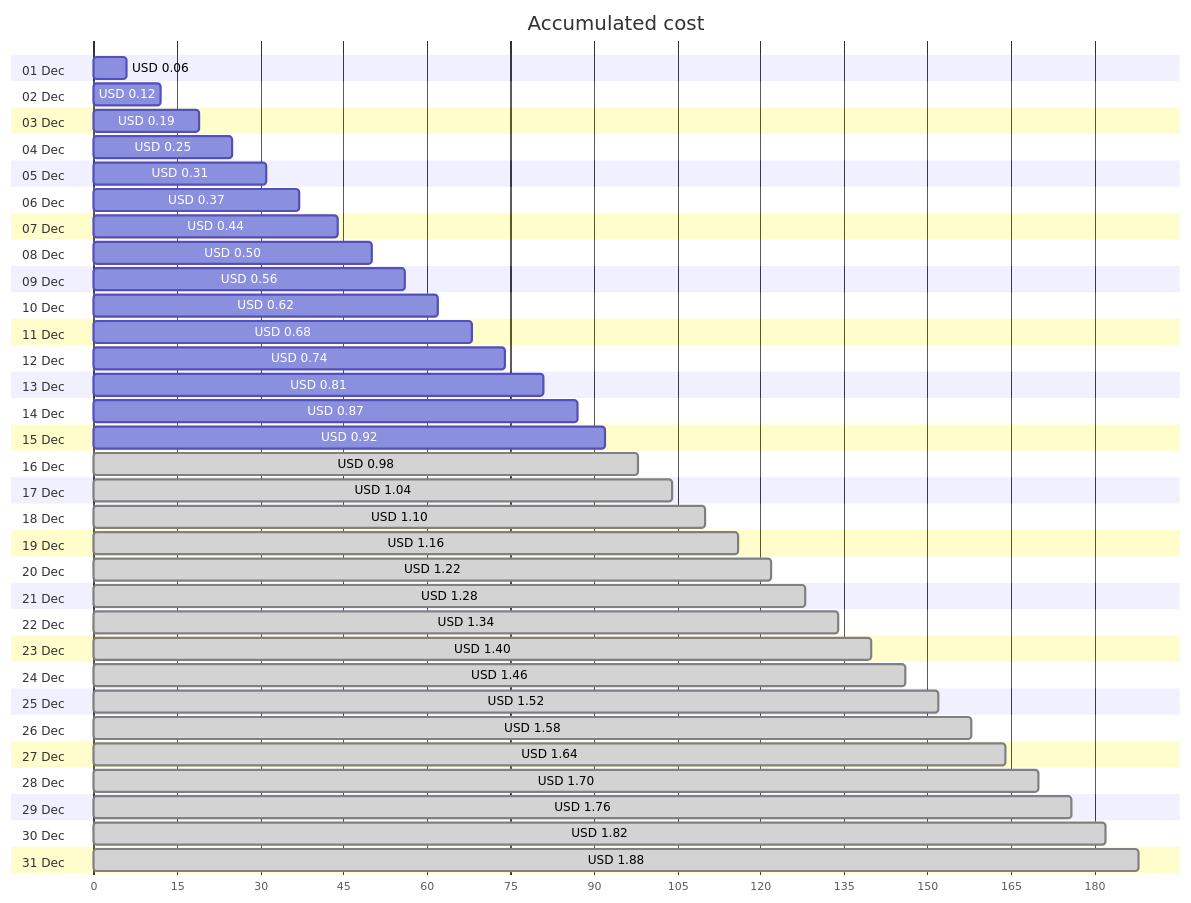
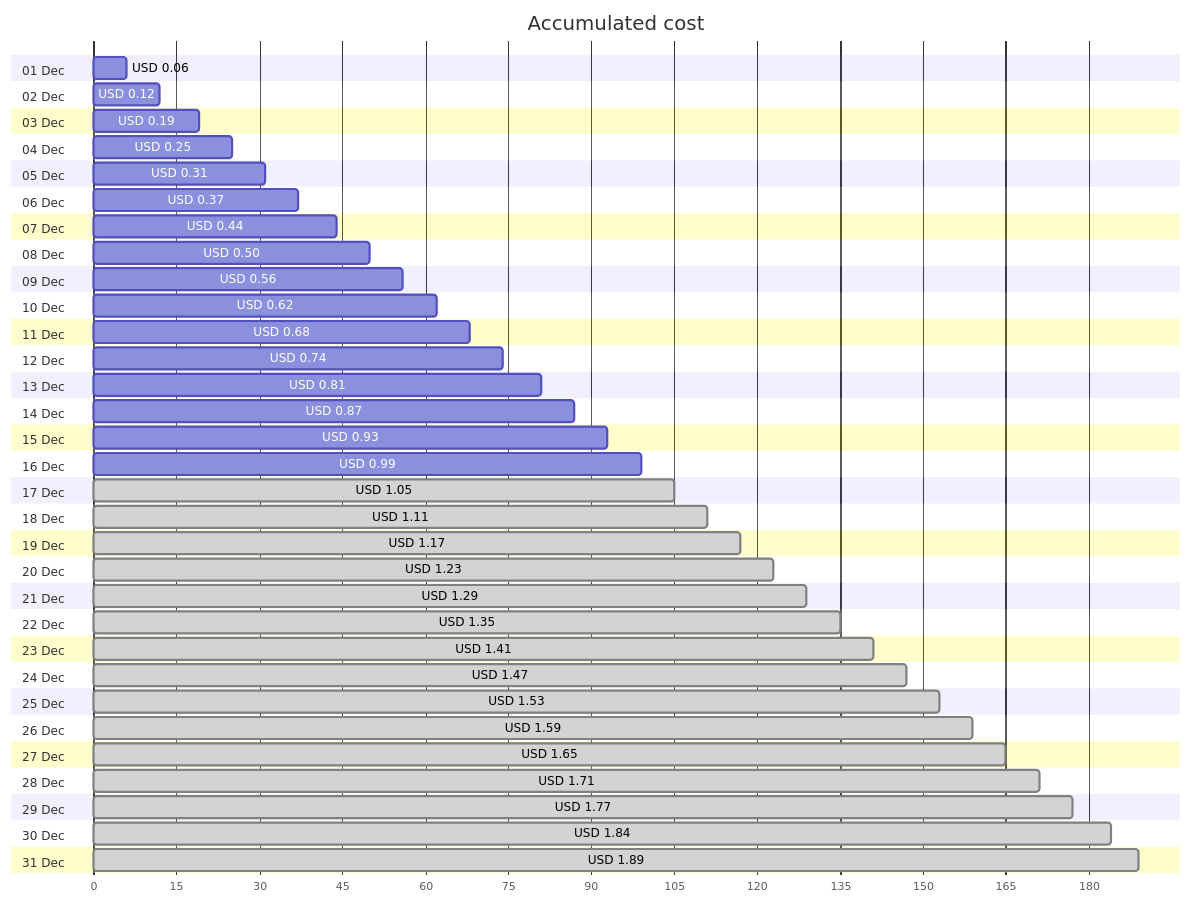
The first of 4 diagrams in cost-reports/personal-network/backup-server_OsDisk.md (jpfulton/azure-personal-reports), drawn with Mermaid before and after one commit. The commit also changed other lines of this file and 8 other files, not shown here.

````diff
--- a/cost-reports/personal-network/backup-server_OsDisk.md
+++ b/cost-reports/personal-network/backup-server_OsDisk.md
@@ -20,68 +20,68 @@
 ```mermaid
 gantt
    title Accumulated cost
    dateFormat  X
    axisFormat %s
    section 01 Dec
    USD 0.06 :0, 6
    section 02 Dec
    USD 0.12 :0, 12
    section 03 Dec
    USD 0.19 :0, 19
    section 04 Dec
    USD 0.25 :0, 25
    section 05 Dec
    USD 0.31 :0, 31
    section 06 Dec
    USD 0.37 :0, 37
    section 07 Dec
    USD 0.44 :0, 44
    section 08 Dec
    USD 0.50 :0, 50
    section 09 Dec
    USD 0.56 :0, 56
    section 10 Dec
    USD 0.62 :0, 62
    section 11 Dec
    USD 0.68 :0, 68
    section 12 Dec
    USD 0.74 :0, 74
    section 13 Dec
    USD 0.81 :0, 81
    section 14 Dec
    USD 0.87 :0, 87
    section 15 Dec
-   USD 0.92 :0, 92
+   USD 0.93 :0, 93
    section 16 Dec
-   USD 0.98 : done, 0, 98
+   USD 0.99 :0, 99
    section 17 Dec
-   USD 1.04 : done, 0, 104
+   USD 1.05 : done, 0, 105
    section 18 Dec
-   USD 1.10 : done, 0, 110
+   USD 1.11 : done, 0, 111
    section 19 Dec
-   USD 1.16 : done, 0, 116
+   USD 1.17 : done, 0, 117
    section 20 Dec
-   USD 1.22 : done, 0, 122
+   USD 1.23 : done, 0, 123
    section 21 Dec
-   USD 1.28 : done, 0, 128
+   USD 1.29 : done, 0, 129
    section 22 Dec
-   USD 1.34 : done, 0, 134
+   USD 1.35 : done, 0, 135
    section 23 Dec
-   USD 1.40 : done, 0, 140
+   USD 1.41 : done, 0, 141
    section 24 Dec
-   USD 1.46 : done, 0, 146
+   USD 1.47 : done, 0, 147
    section 25 Dec
-   USD 1.52 : done, 0, 152
+   USD 1.53 : done, 0, 153
    section 26 Dec
-   USD 1.58 : done, 0, 158
+   USD 1.59 : done, 0, 159
    section 27 Dec
-   USD 1.64 : done, 0, 164
+   USD 1.65 : done, 0, 165
    section 28 Dec
-   USD 1.70 : done, 0, 170
+   USD 1.71 : done, 0, 171
    section 29 Dec
-   USD 1.76 : done, 0, 176
+   USD 1.77 : done, 0, 177
    section 30 Dec
-   USD 1.82 : done, 0, 182
+   USD 1.84 : done, 0, 184
    section 31 Dec
-   USD 1.88 : done, 0, 188
+   USD 1.89 : done, 0, 189
 ```
````
